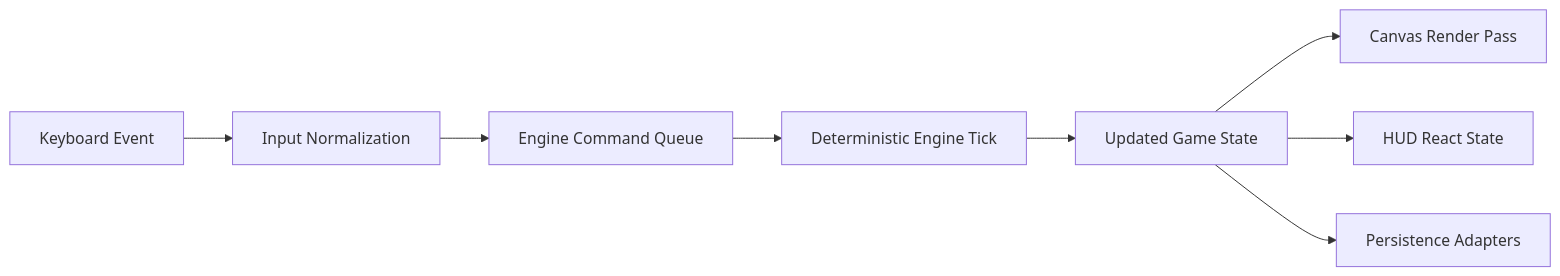
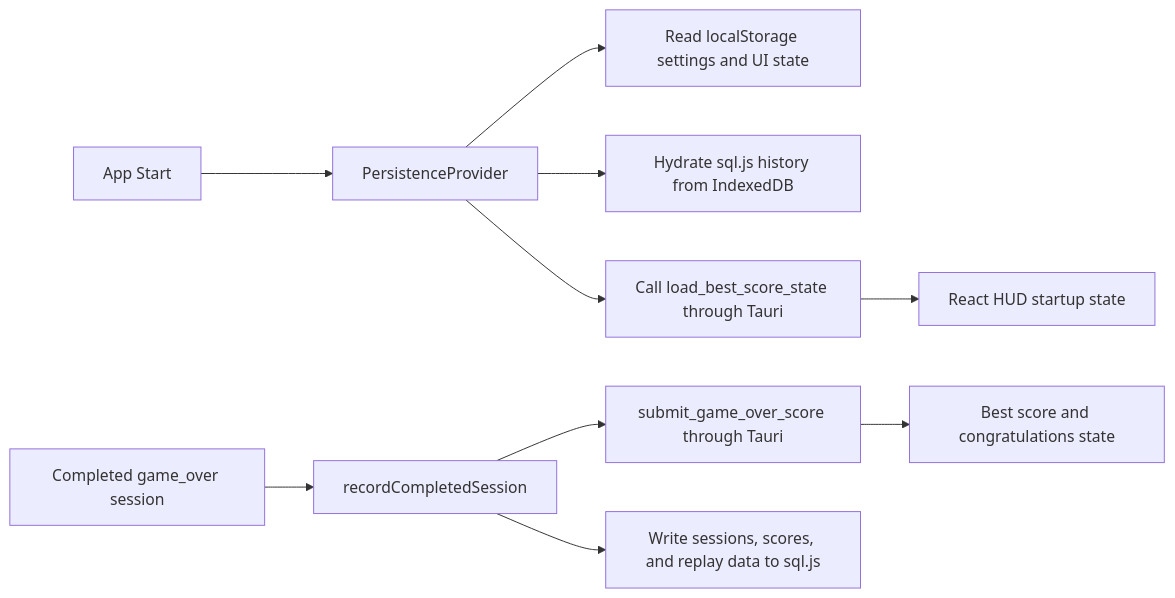
One commit to pchemguy/TetrisSpecifyCopilot changed the diagram in docs/developer-guide.md. Above: the diagram before and after it, drawn with Mermaid. The commit also changed other lines of this file and 6 other files, not shown here.

````diff
--- a/docs/developer-guide.md
+++ b/docs/developer-guide.md
@@ -94,10 +110,12 @@
 ```mermaid
 flowchart LR
-	A[Keyboard Event] --> B[Input Normalization]
-	B --> C[Engine Command Queue]
-	C --> D[Deterministic Engine Tick]
-	D --> E[Updated Game State]
-	E --> F[Canvas Render Pass]
-	E --> G[HUD React State]
-	E --> H[Persistence Adapters]
+	A[App Start] --> B[PersistenceProvider]
+	B --> C[Read localStorage settings and UI state]
+	B --> D[Hydrate sql.js history from IndexedDB]
+	B --> E[Call load_best_score_state through Tauri]
+	E --> F[React HUD startup state]
+	G[Completed game_over session] --> H[recordCompletedSession]
+	H --> I[submit_game_over_score through Tauri]
+	H --> J[Write sessions, scores, and replay data to sql.js]
+	I --> K[Best score and congratulations state]
 ```
````
